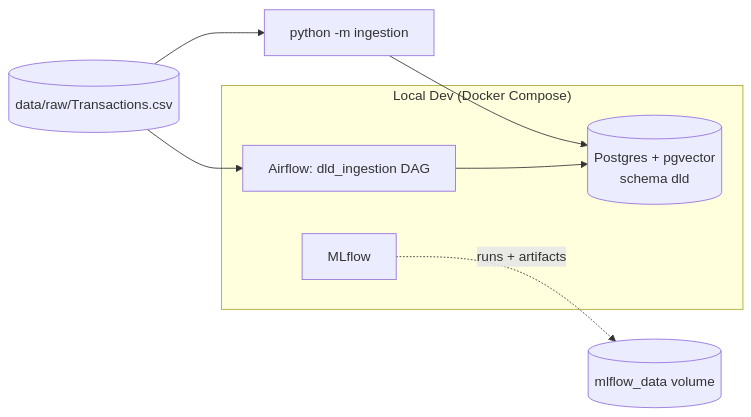
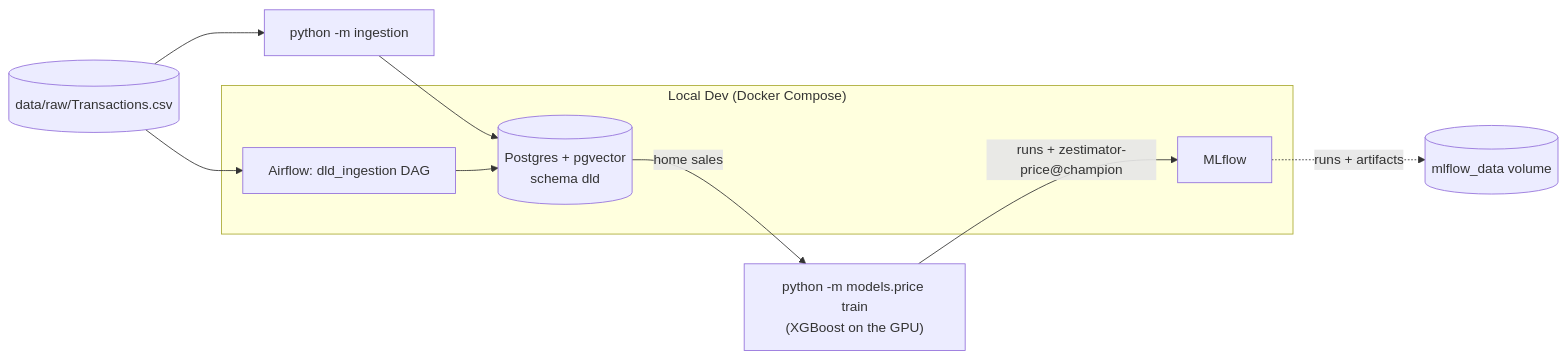
The diagram in README.md (chiragn28/Dubimator), drawn with Mermaid before and after one commit. The commit also changed other lines of this file and 1 other file, not shown here.

Commit message:
docs: Phase 3 price model results, write-up and spec amendments

````diff
--- a/README.md
+++ b/README.md
@@ -12,14 +12,17 @@
 ```mermaid
 graph LR
     CSV[("data/raw/Transactions.csv")]
     CLI["python -m ingestion"]
     subgraph "Local Dev (Docker Compose)"
         AF[Airflow: dld_ingestion DAG]
         PG[(Postgres + pgvector<br/>schema dld)]
         ML[MLflow]
     end
     MLRUNS[("mlflow_data volume")]
     CSV --> CLI --> PG
     CSV --> AF --> PG
     ML -.->|"runs + artifacts"| MLRUNS
+    TRAIN["python -m models.price train<br/>(XGBoost on the GPU)"]
+    PG -->|"home sales"| TRAIN
+    TRAIN -->|"runs + zestimator-price@champion"| ML
 ```
````
